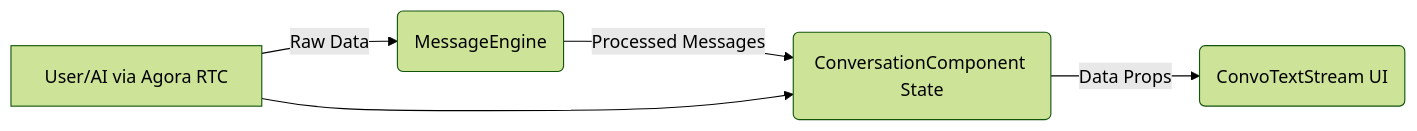
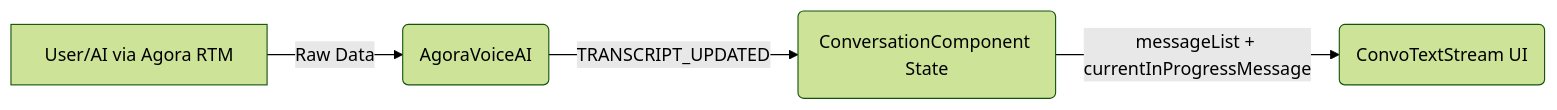
The first of 2 diagrams in DOCS/TEXT_STREAMING_GUIDE.md (AgoraIO-Community/convo-ai-engine-dev-advocate-agent), drawn with Mermaid (forest theme) before and after one commit. The commit also changed other lines of this file and 82 other files, not shown here.

````diff
--- a/DOCS/TEXT_STREAMING_GUIDE.md
+++ b/DOCS/TEXT_STREAMING_GUIDE.md
@@ -29,7 +41,6 @@
 ```mermaid
 flowchart LR
-    A[User/AI via Agora RTC] -- Raw Data --> B(MessageEngine)
-    B -- Processed Messages --> C(ConversationComponent State)
-    C -- Data Props --> D(ConvoTextStream UI)
-    A --> C
+    A[User/AI via Agora RTM] -- Raw Data --> B(AgoraVoiceAI)
+    B -- TRANSCRIPT_UPDATED --> C(ConversationComponent State)
+    C -- messageList + currentInProgressMessage --> D(ConvoTextStream UI)
 ```
````
